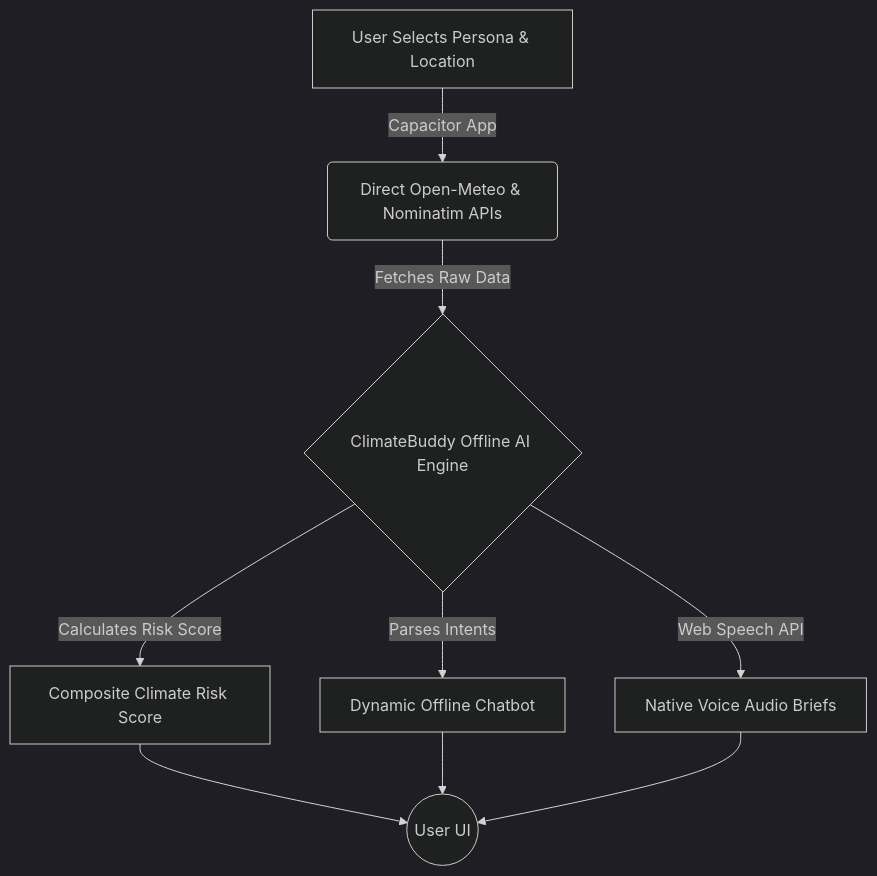
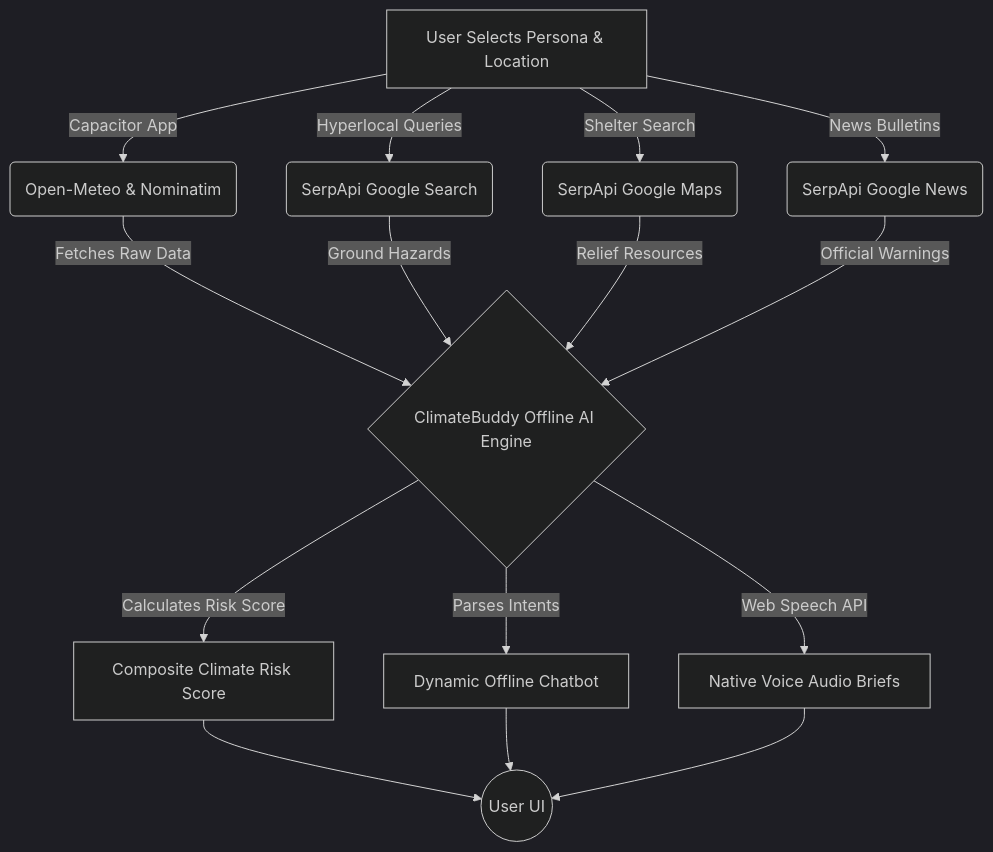
The first of 2 diagrams in README.md (Sagark1912/ClimateBuddy), drawn with Mermaid (dark theme) before and after one commit. The commit also changed other lines of this file, not shown here.

Commit message:
docs: Add SerpApi Hackathon Track and architectural details

````diff
--- a/README.md
+++ b/README.md
@@ -35,11 +49,19 @@
 ```mermaid
 graph TD
-    A[User Selects Persona & Location] -->|Capacitor App| B(Direct Open-Meteo & Nominatim APIs)
+    A[User Selects Persona & Location] -->|Capacitor App| B(Open-Meteo & Nominatim)
+    A -->|Hyperlocal Queries| S1(SerpApi Google Search)
+    A -->|Shelter Search| S2(SerpApi Google Maps)
+    A -->|News Bulletins| S3(SerpApi Google News)
+    
     B -->|Fetches Raw Data| C{ClimateBuddy Offline AI Engine}
+    S1 -->|Ground Hazards| C
+    S2 -->|Relief Resources| C
+    S3 -->|Official Warnings| C
+    
     C -->|Calculates Risk Score| D[Composite Climate Risk Score]
     C -->|Parses Intents| E[Dynamic Offline Chatbot]
     C -->|Web Speech API| F[Native Voice Audio Briefs]
     D --> G((User UI))
     E --> G
     F --> G
 ```
````
